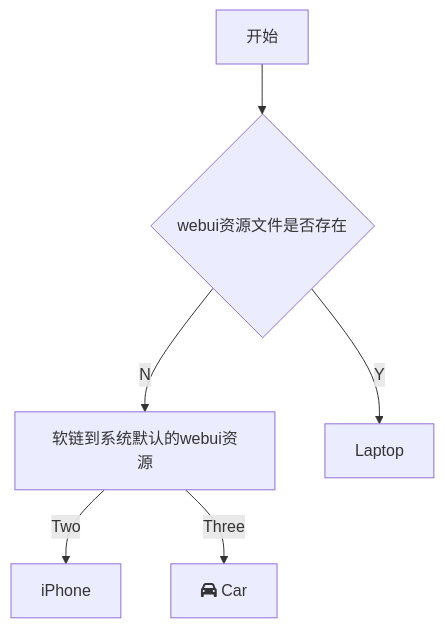
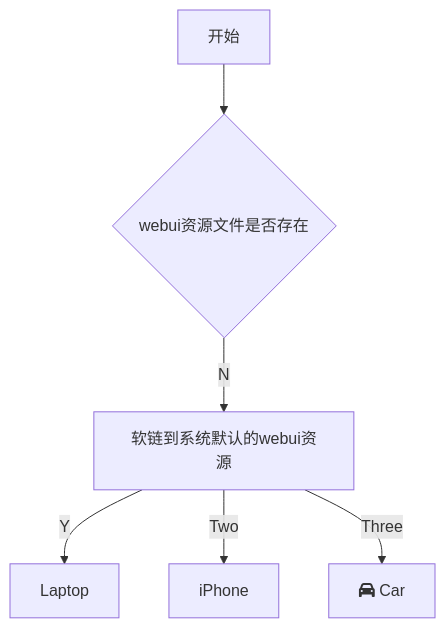
Before and after one commit to HaleyCoder/iodraw-files: the diagram in all/未命名.md, drawn with Mermaid.

Commit message:
2024-08-29 14:36:17 update

````diff
--- a/all/未命名.md
+++ b/all/未命名.md
@@ -1,9 +1,9 @@
 ```mermaid
 graph TD
     A[开始] --> B{webui资源文件是否存在}
     B -->|N| C[软链到系统默认的webui资源]
-    B -->|Y| D[Laptop]
+    C -->|Y| D[Laptop]
     C -->|Two| E[iPhone]
     C -->|Three| F[fa:fa-car Car]
   
 ```
````
